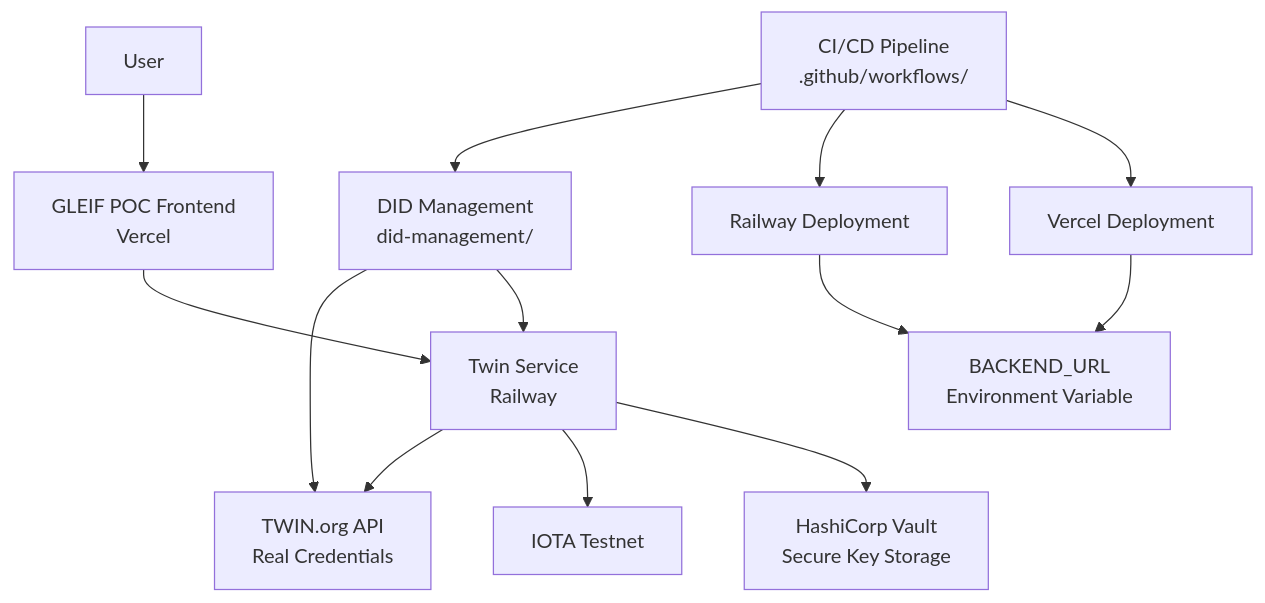
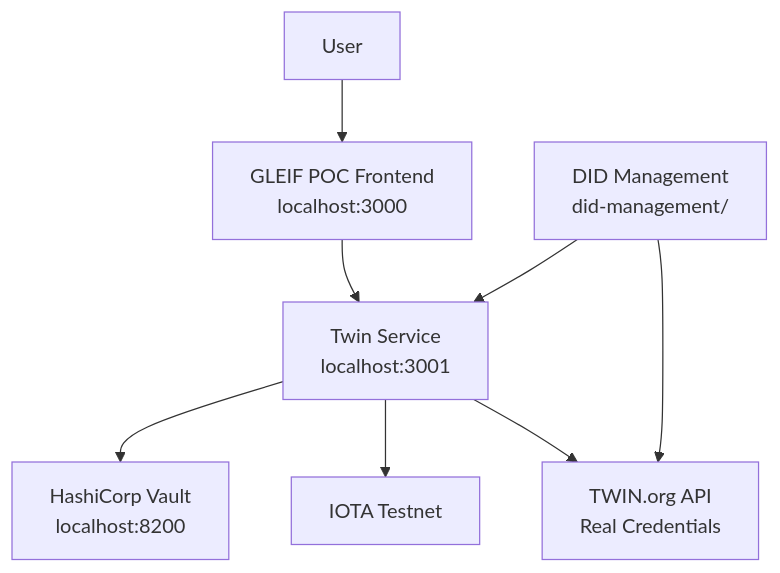
The diagram in README.md (gtscio/gleif-poc), drawn with Mermaid before and after one commit. The commit also changed 10 other files, not shown here.

````diff
--- a/README.md
+++ b/README.md
@@ -58,15 +58,10 @@
 ```mermaid
 graph TD
-    A[User] --> B[GLEIF POC Frontend<br/>Vercel]
-    B --> C[Twin Service<br/>Railway]
-    C --> D[HashiCorp Vault<br/>Secure Key Storage]
+    A[User] --> B[GLEIF POC Frontend<br/>localhost:3000]
+    B --> C[Twin Service<br/>localhost:3001]
+    C --> D[HashiCorp Vault<br/>localhost:8200]
     C --> E[IOTA Testnet]
     C --> F[TWIN.org API<br/>Real Credentials]
     G[DID Management<br/>did-management/] --> C
     G --> F
-    H[CI/CD Pipeline<br/>.github/workflows/] --> I[Vercel Deployment]
-    H --> J[Railway Deployment]
-    H --> G
-    I --> K[BACKEND_URL<br/>Environment Variable]
-    J --> K
 ```
````
